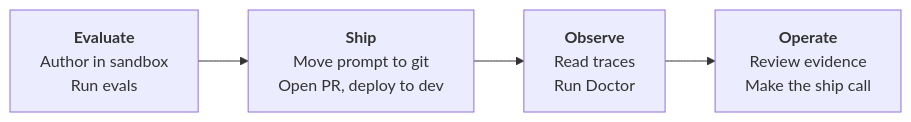
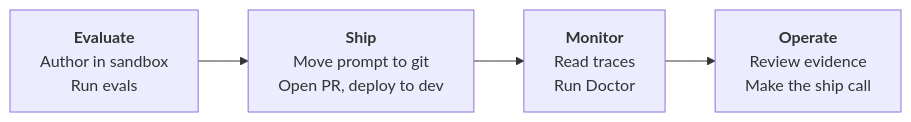
One commit to Azure/agentops changed the diagram in docs/tutorial-prompt-agent.md. Above: the diagram before and after it, drawn with Mermaid. The commit also changed other lines of this file and 141 other files, not shown here.

````diff
--- a/docs/tutorial-prompt-agent.md
+++ b/docs/tutorial-prompt-agent.md
@@ -15,8 +15,8 @@
 ```mermaid
 flowchart LR
     E["<b>Evaluate</b><br/>Author in sandbox<br/>Run evals"]
     S["<b>Ship</b><br/>Move prompt to git<br/>Open PR, deploy to dev"]
-    O["<b>Observe</b><br/>Read traces<br/>Run Doctor"]
+    O["<b>Monitor</b><br/>Read traces<br/>Run Doctor"]
     W["<b>Operate</b><br/>Review evidence<br/>Make the ship call"]
     E --> S --> O --> W
 ```
````
